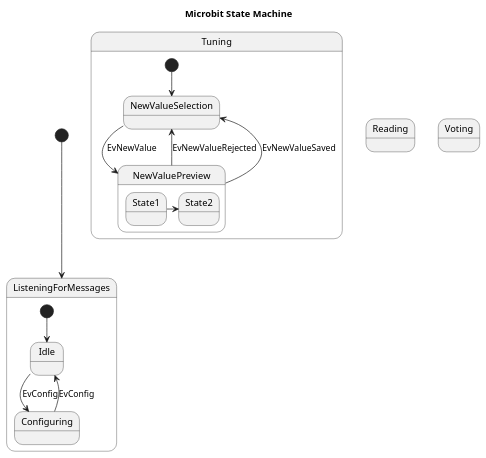
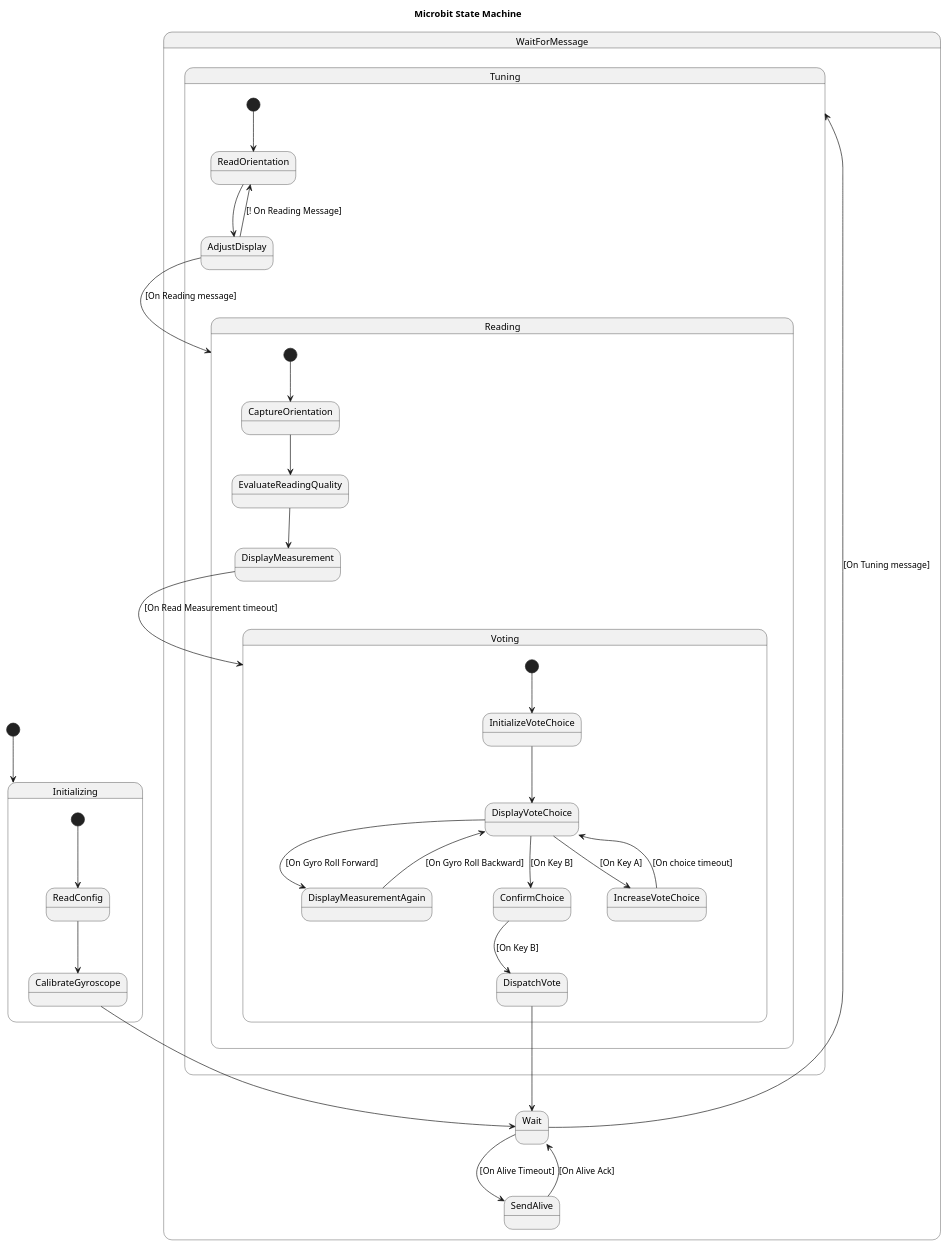
One commit to CMCRobotics/the-detector-is-you changed the diagram in docs/diagrams/state/measurement.puml. Above: the diagram before and after it, drawn with PlantUML.

Commit message:
Add state diagram for measurement device

```diff
--- a/docs/diagrams/state/measurement.puml
+++ b/docs/diagrams/state/measurement.puml
@@ -1,31 +1,44 @@
 @startuml
 
 title Microbit State Machine
 
-[*] --> ListeningForMessages
+[*] --> Initializing
 
-state ListeningForMessages {
-  [*] --> Idle
-  Idle --> Configuring : EvConfig
-  Configuring --> Idle : EvConfig
+state Initializing {
+  [*] --> ReadConfig
+  ReadConfig --> CalibrateGyroscope
+}
+
+state WaitForMessage {
+  CalibrateGyroscope --> Wait
+  Wait --> Tuning : [On Tuning message]
+  Wait --> SendAlive : [On Alive Timeout]
+  SendAlive --> Wait : [On Alive Ack]
 }
 
 state Tuning {
-  [*] --> NewValueSelection
-  NewValueSelection --> NewValuePreview : EvNewValue
-  NewValuePreview --> NewValueSelection : EvNewValueRejected
-  NewValuePreview --> NewValueSelection : EvNewValueSaved
-
-  state NewValuePreview {
-     State1 -> State2
-  }
+  [*] --> ReadOrientation
+  ReadOrientation --> AdjustDisplay
+  AdjustDisplay --> Reading : [On Reading message]
+  AdjustDisplay --> ReadOrientation : [! On Reading Message]
 }
 
 state Reading {
-
+  [*] --> CaptureOrientation
+  CaptureOrientation --> EvaluateReadingQuality
+  EvaluateReadingQuality --> DisplayMeasurement
+  DisplayMeasurement --> Voting : [On Read Measurement timeout]
 }
 
 state Voting {
-
+  [*] --> InitializeVoteChoice
+  InitializeVoteChoice --> DisplayVoteChoice
+  DisplayVoteChoice --> DisplayMeasurementAgain : [On Gyro Roll Forward]
+  DisplayMeasurementAgain --> DisplayVoteChoice : [On Gyro Roll Backward]
+  DisplayVoteChoice --> IncreaseVoteChoice : [On Key A]
+  IncreaseVoteChoice --> DisplayVoteChoice : [On choice timeout]
+  DisplayVoteChoice --> ConfirmChoice : [On Key B]
+  ConfirmChoice --> DispatchVote : [On Key B]
+  DispatchVote --> Wait
 }
 @enduml
```
